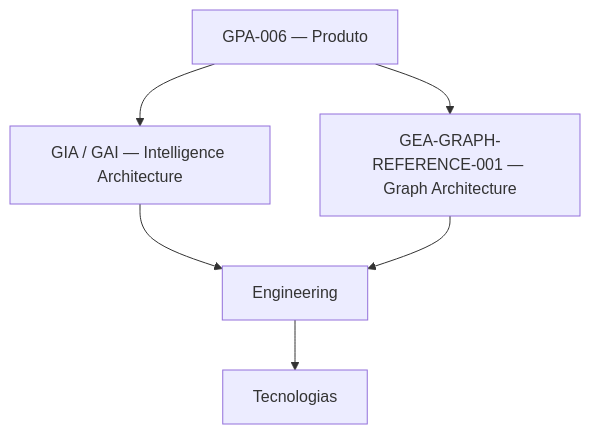
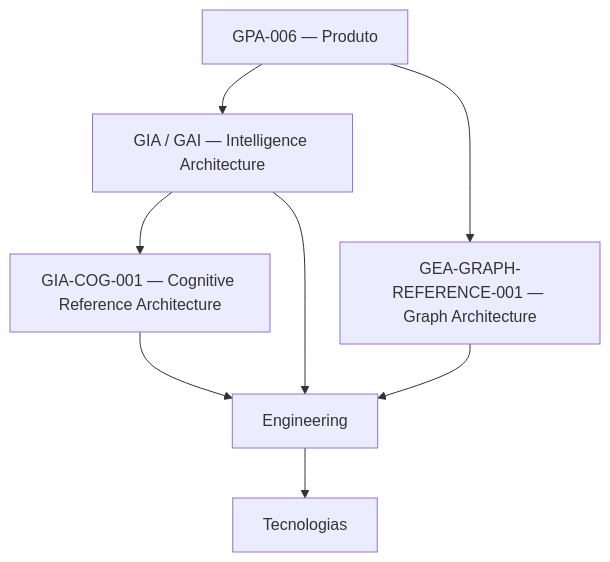
The first of 2 diagrams in docs/intelligence-architecture/index.md (guivos-repositorio/Guivos-Knowledge-Repository), drawn with Mermaid before and after one commit. The commit also changed other lines of this file and 5 other files, not shown here.

Commit message:
GKR: promote GIA-COG-001 cognitive reference architecture

````diff
--- a/docs/intelligence-architecture/index.md
+++ b/docs/intelligence-architecture/index.md
@@ -43,14 +47,17 @@
 ```mermaid
 flowchart TD
     P[GPA-006 — Produto]
     A[GIA / GAI — Intelligence Architecture]
+    C[GIA-COG-001 — Cognitive Reference Architecture]
     G[GEA-GRAPH-REFERENCE-001 — Graph Architecture]
     E[Engineering]
     T[Tecnologias]
 
     P --> A
+    A --> C
     P --> G
+    C --> E
     A --> E
     G --> E
     E --> T
 ```
````
